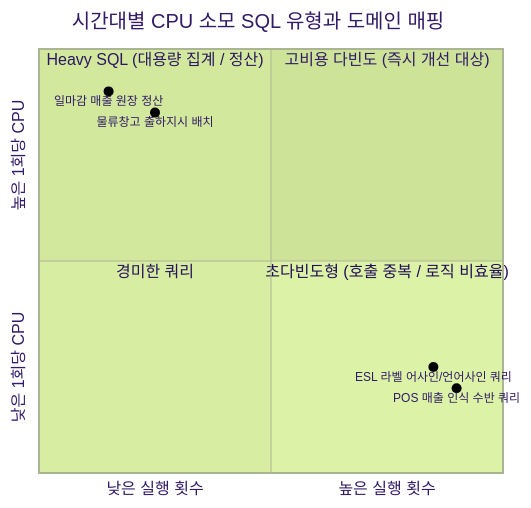
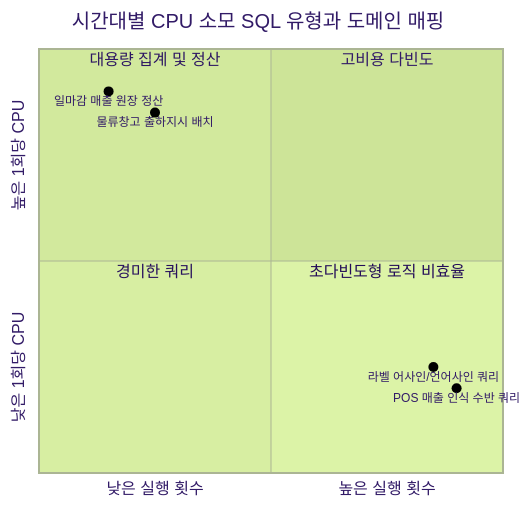
The fifth of 5 diagrams in docs/case/2026-1Q/oy-sale-stat-hourly-cpu-sql.md (djpibo/djpibo.github.io), drawn with Mermaid (forest theme) before and after one commit. The commit also changed other lines of this file and 1 other file, not shown here.

````diff
--- a/docs/case/2026-1Q/oy-sale-stat-hourly-cpu-sql.md
+++ b/docs/case/2026-1Q/oy-sale-stat-hourly-cpu-sql.md
@@ -248,14 +248,14 @@
 ```mermaid
 quadrantChart
     title 시간대별 CPU 소모 SQL 유형과 도메인 매핑
     x-axis "낮은 실행 횟수" --> "높은 실행 횟수"
     y-axis "낮은 1회당 CPU" --> "높은 1회당 CPU"
-    quadrant-1 "고비용 다빈도 (즉시 개선 대상)"
-    quadrant-2 "Heavy SQL (대용량 집계 / 정산)"
+    quadrant-1 "고비용 다빈도"
+    quadrant-2 "대용량 집계 및 정산"
     quadrant-3 "경미한 쿼리"
-    quadrant-4 "초다빈도형 (호출 중복 / 로직 비효율)"
+    quadrant-4 "초다빈도형 로직 비효율"
     "POS 매출 인식 수반 쿼리": [0.90, 0.20]
-    "ESL 라벨 어사인/언어사인 쿼리": [0.85, 0.25]
+    "라벨 어사인/언어사인 쿼리": [0.85, 0.25]
     "물류창고 출하지시 배치": [0.25, 0.85]
     "일마감 매출 원장 정산": [0.15, 0.90]
 ```
````
